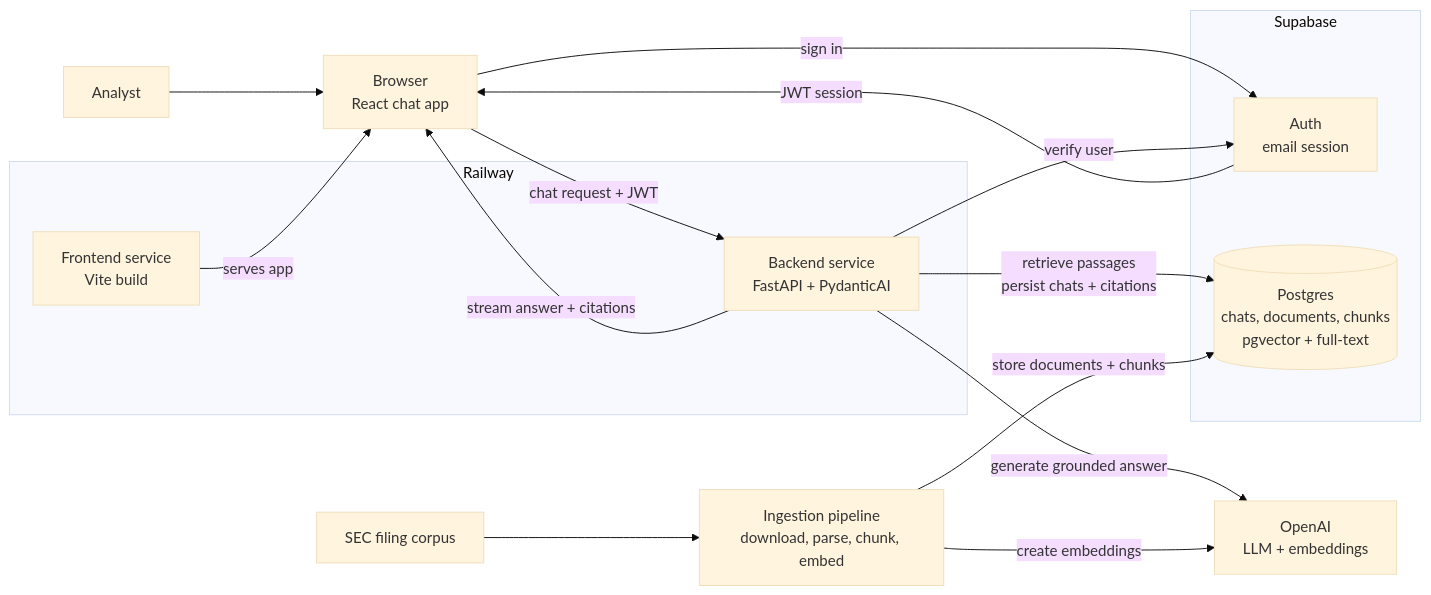
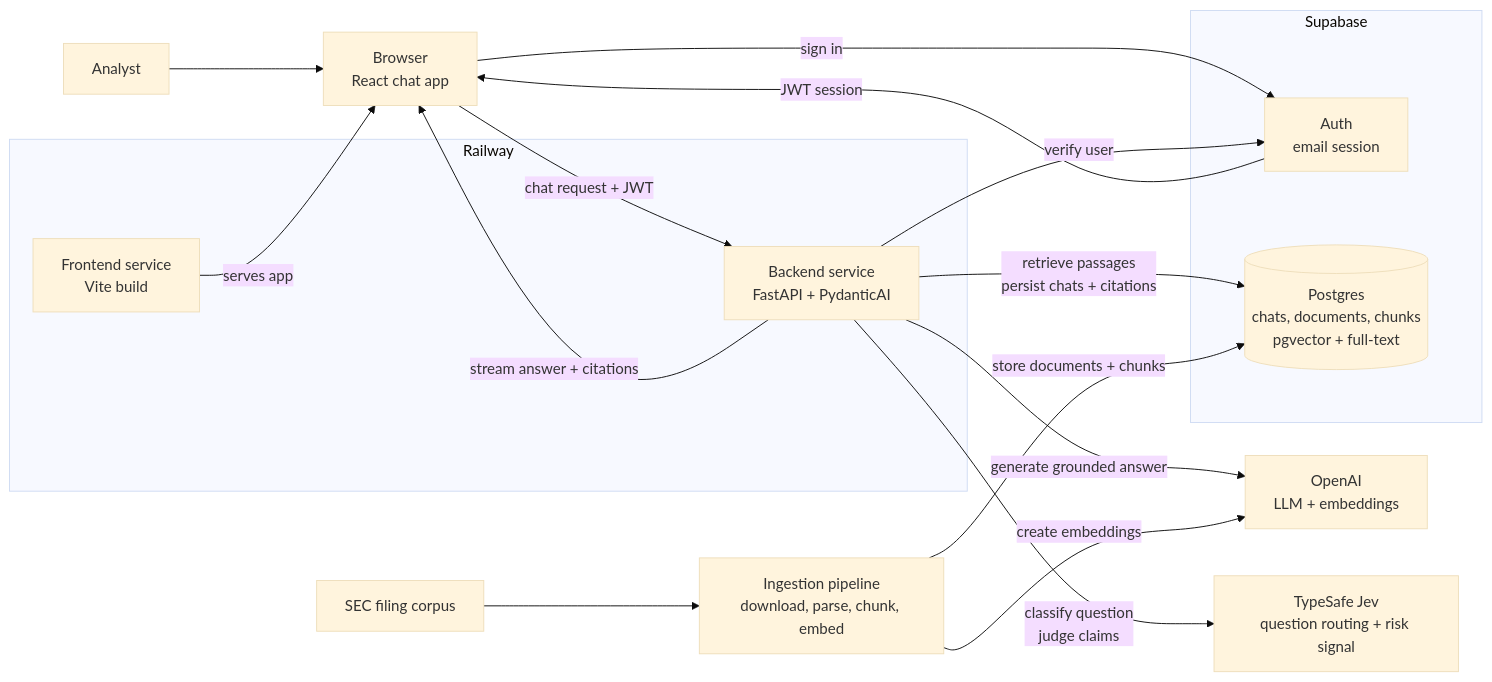
One commit to Furkanturan8/document-copilot changed the first of 2 diagrams in docs/architecture.md. Above: the diagram before and after it, drawn with Mermaid (base theme). The commit also changed other lines of this file and 36 other files, not shown here.

````diff
--- a/docs/architecture.md
+++ b/docs/architecture.md
@@ -13,31 +13,33 @@
 ```mermaid
 flowchart LR
     user[Analyst] --> browser[Browser<br/>React chat app]
 
     subgraph railway[Railway]
         frontend[Frontend service<br/>Vite build]
         backend[Backend service<br/>FastAPI + PydanticAI]
     end
 
     subgraph supabase[Supabase]
         auth[Auth<br/>email session]
         db[(Postgres<br/>chats, documents, chunks<br/>pgvector + full-text)]
     end
 
     openai[OpenAI<br/>LLM + embeddings]
+    jev[TypeSafe Jev<br/>question routing + risk signal]
     corpus[SEC filing corpus]
     ingestion[Ingestion pipeline<br/>download, parse, chunk, embed]
 
     frontend -->|serves app| browser
     browser -->|sign in| auth
     auth -->|JWT session| browser
     browser -->|chat request + JWT| backend
     backend -->|verify user| auth
     backend -->|retrieve passages<br/>persist chats + citations| db
     backend -->|generate grounded answer| openai
+    backend -->|classify question<br/>judge claims| jev
     backend -->|stream answer + citations| browser
 
     corpus --> ingestion
     ingestion -->|create embeddings| openai
     ingestion -->|store documents + chunks| db
 ```
````
